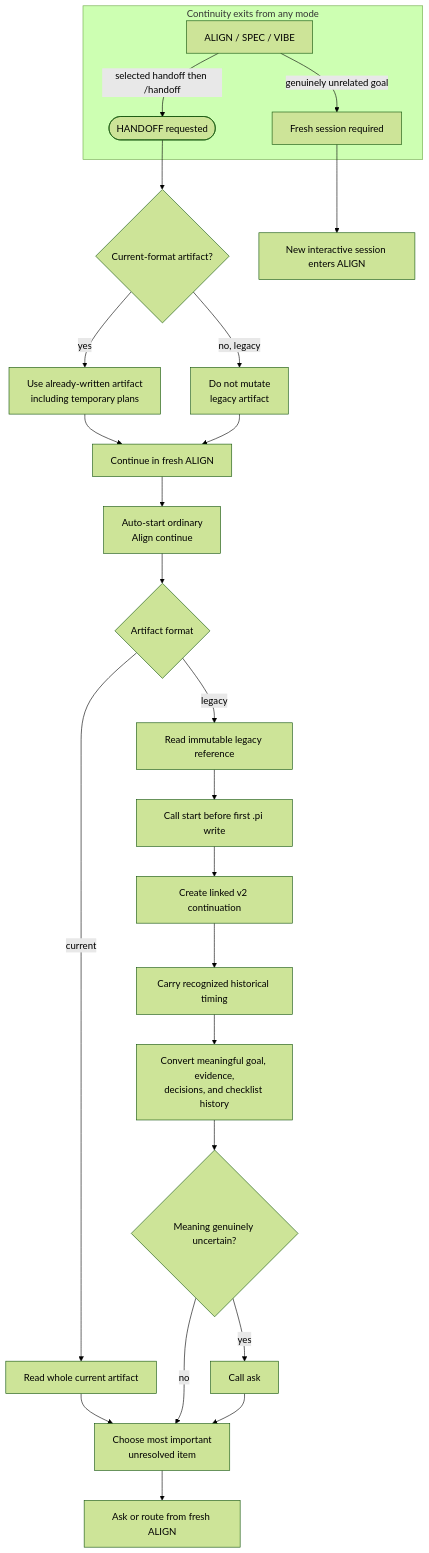
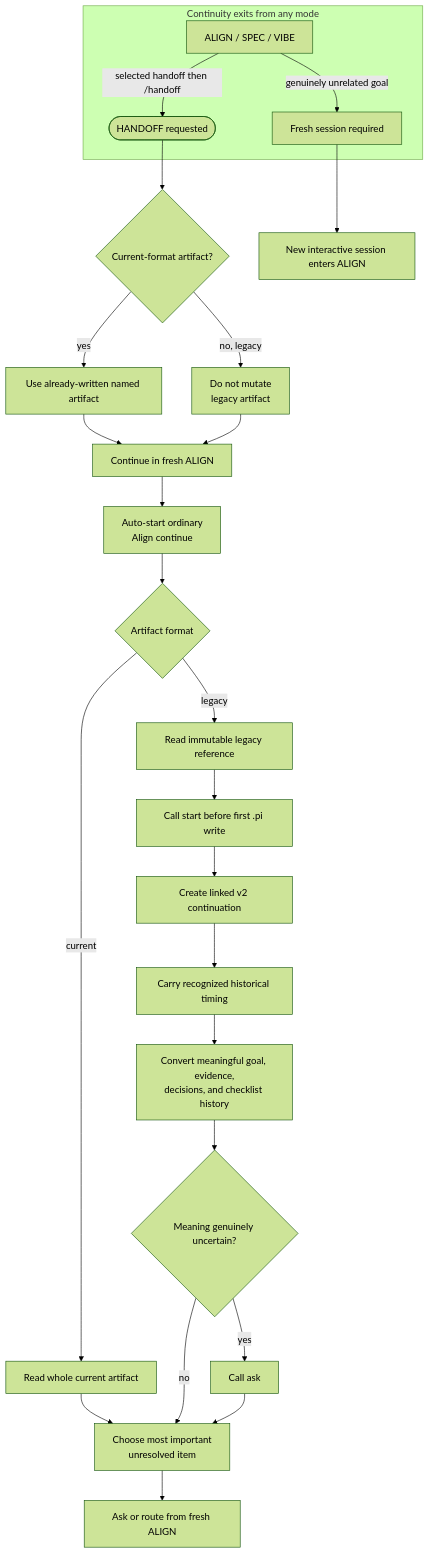
Diagram 11 of 12 in docs/AGENT-WORKFLOW-DIAGRAMS.md (dhumdil-apps/pi-director), drawn with Mermaid (forest theme) before and after one commit. The commit also changed other lines of this file and 12 other files, not shown here.

````diff
--- a/docs/AGENT-WORKFLOW-DIAGRAMS.md
+++ b/docs/AGENT-WORKFLOW-DIAGRAMS.md
@@ -346,32 +352,32 @@
 ```mermaid
 flowchart TD
     subgraph Continuity exits from any mode
         Mode[ALIGN / SPEC / VIBE] -->|selected handoff then /handoff| Request
         Mode -->|genuinely unrelated goal| FreshSession[Fresh session required]
     end
 
     Request([HANDOFF requested]) --> Current{Current-format artifact?}
 
-    Current -- yes --> Ready[Use already-written artifact<br/>including temporary plans]
+    Current -- yes --> Ready[Use already-written named artifact]
     Ready --> Fresh[Continue in fresh ALIGN]
 
     Current -- no, legacy --> NoMutation[Do not mutate<br/>legacy artifact]
     NoMutation --> Fresh
 
     Fresh --> Continue[Auto-start ordinary<br/>Align continue]
     Continue --> Read{Artifact format}
     Read -- current --> ReadCurrent[Read whole current artifact]
     ReadCurrent --> Priority[Choose most important<br/>unresolved item]
     Priority --> AskOrWork[Ask or route from fresh ALIGN]
 
     Read -- legacy --> ReadLegacy[Read immutable legacy reference]
     ReadLegacy --> Start[Call start before first .pi write]
     Start --> Linked[Create linked v2 continuation]
     Linked --> Timing[Carry recognized historical timing]
     Timing --> Convert[Convert meaningful goal, evidence,<br/>decisions, and checklist history]
     Convert --> Uncertain{Meaning genuinely uncertain?}
     Uncertain -- yes --> Ask[Call ask]
     Uncertain -- no --> Priority
     Ask --> Priority
     FreshSession --> NewAlign[New interactive session enters ALIGN]
 ```
````
